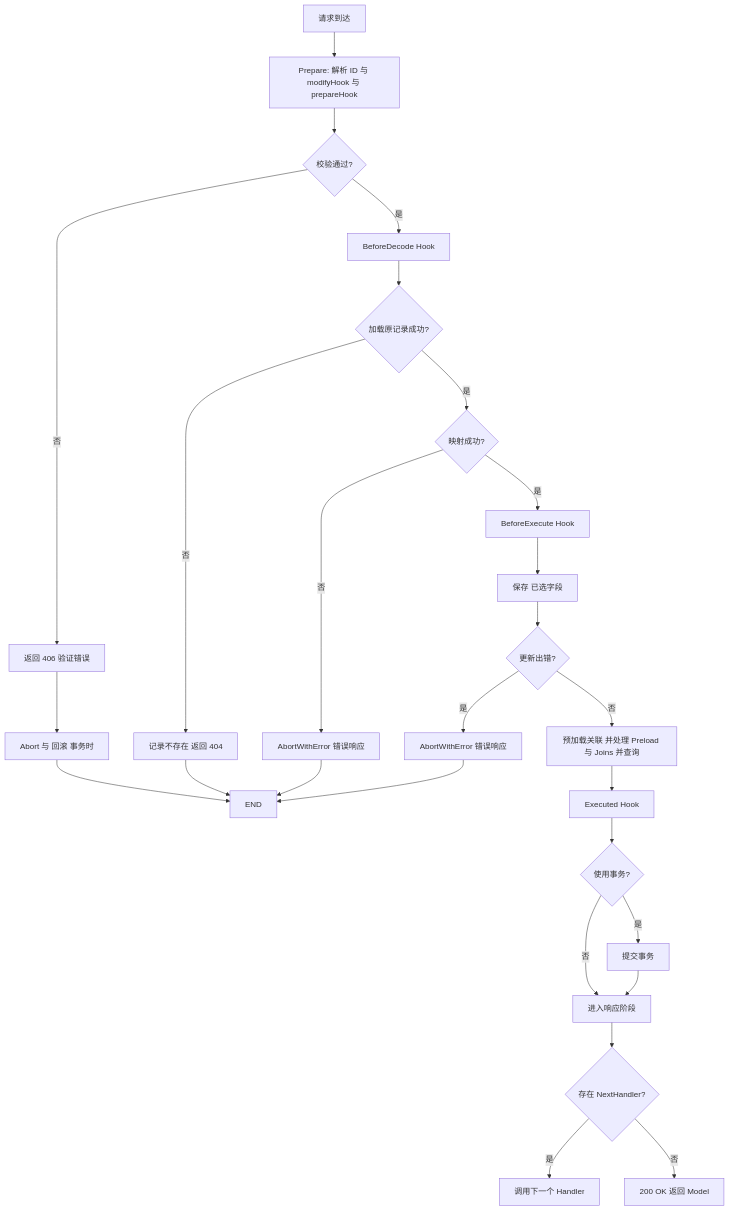
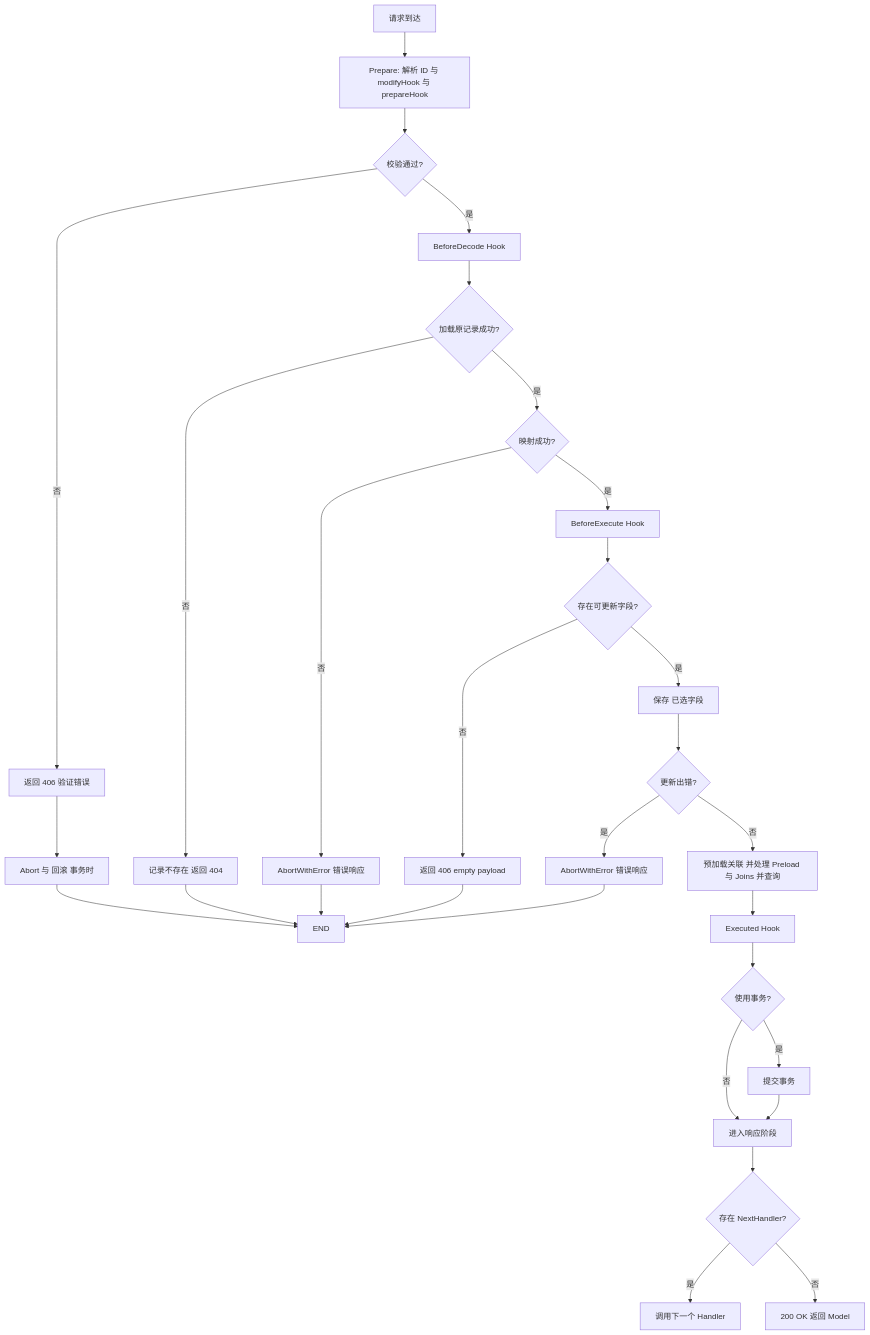
The diagram in docs/api-level/update.md (uozi-tech/cosy), drawn with Mermaid before and after one commit. The commit also changed other lines of this file and 6 other files, not shown here.

````diff
--- a/docs/api-level/update.md
+++ b/docs/api-level/update.md
@@ -31,26 +31,28 @@
 ```mermaid
 flowchart TD
   A[请求到达] --> P[Prepare: 解析 ID 与 modifyHook 与 prepareHook]
   P --> V{校验通过?}
   V -- 否 --> V406[返回 406 验证错误]
   V406 --> RB1[Abort 与 回滚 事务时]
   RB1 --> END
   V -- 是 --> BD[BeforeDecode Hook]
   BD --> Q{加载原记录成功?}
   Q -- 否 --> E404[记录不存在 返回 404] --> END
   Q -- 是 --> D{映射成功?}
   D -- 否 --> E1[AbortWithError 错误响应] --> END
   D -- 是 --> BE[BeforeExecute Hook]
-  BE --> SAVE[保存 已选字段]
+  BE --> EMPTY{存在可更新字段?}
+  EMPTY -- 否 --> E406[返回 406 empty payload] --> END
+  EMPTY -- 是 --> SAVE[保存 已选字段]
   SAVE --> ER{更新出错?}
   ER -- 是 --> E2[AbortWithError 错误响应] --> END
   ER -- 否 --> PL[预加载关联 并处理 Preload 与 Joins 并查询]
   PL --> EX[Executed Hook]
   EX --> COMMIT{使用事务?}
   COMMIT -- 是 --> COM[提交事务]
   COMMIT -- 否 --> RESP
   COM --> RESP[进入响应阶段]
   RESP --> NEXT{存在 NextHandler?}
   NEXT -- 是 --> H[调用下一个 Handler]
   NEXT -- 否 --> OK200[200 OK 返回 Model]
 ```
````
